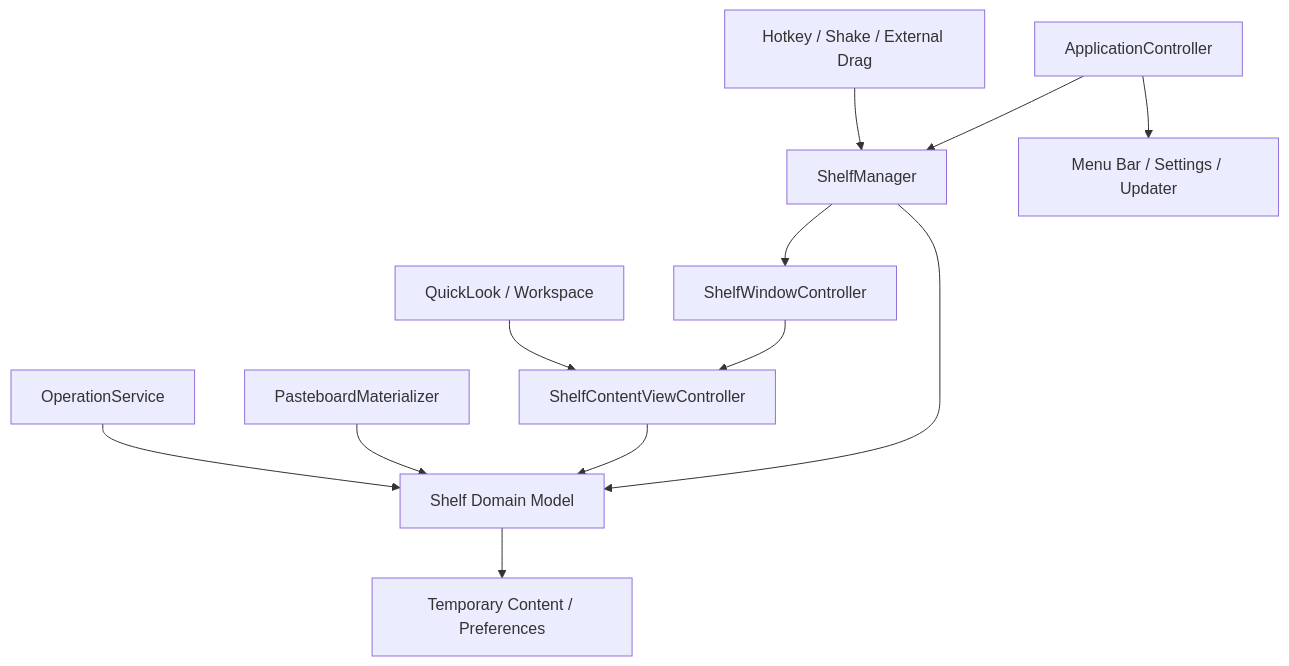
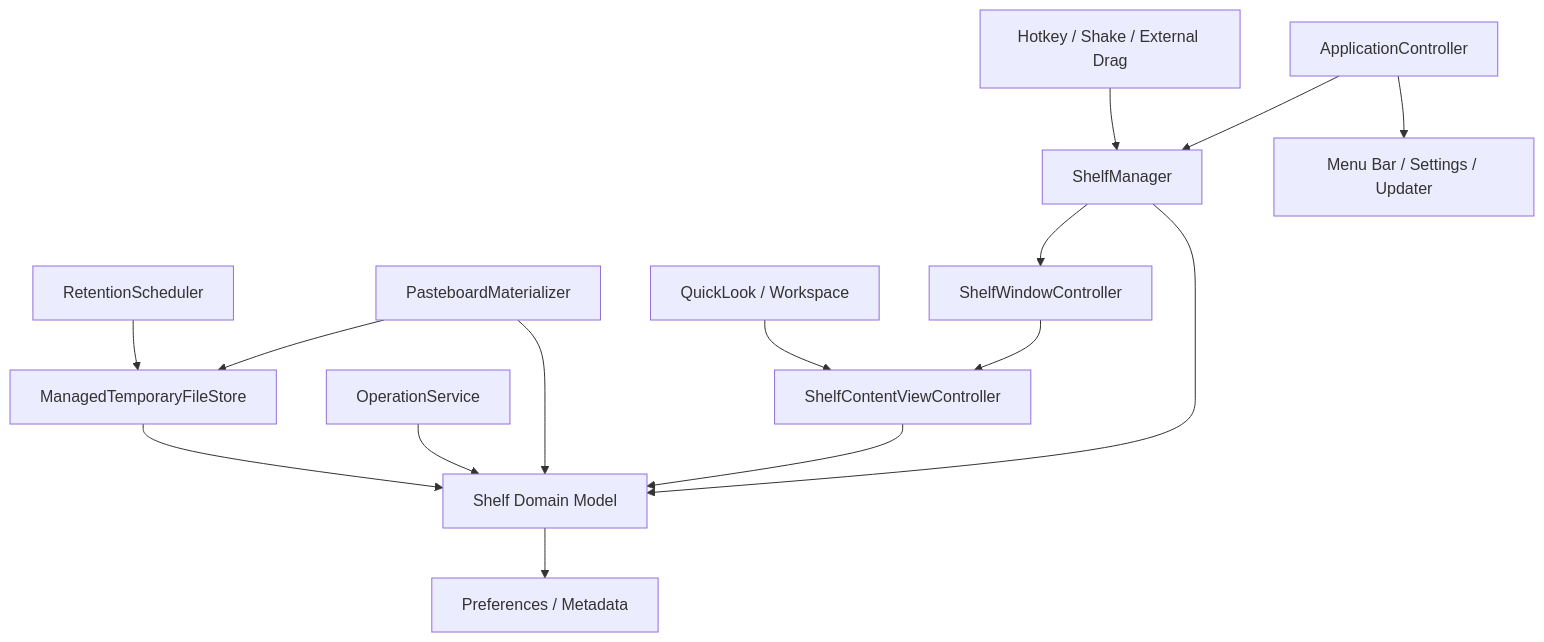
Before and after one commit to namimono/drops: the first of 2 diagrams in docs/macos-native/README.md, drawn with Mermaid. The commit also changed other lines of this file and 7 other files, not shown here.

````diff
--- a/docs/macos-native/README.md
+++ b/docs/macos-native/README.md
@@ -92,14 +92,17 @@
 ```mermaid
 flowchart TD
     App["ApplicationController"] --> Manager["ShelfManager"]
     App --> Menu["Menu Bar / Settings / Updater"]
     Input["Hotkey / Shake / External Drag"] --> Manager
     Manager --> Domain["Shelf Domain Model"]
     Manager --> Window["ShelfWindowController"]
     Window --> View["ShelfContentViewController"]
     View --> Domain
     Pasteboard["PasteboardMaterializer"] --> Domain
     Preview["QuickLook / Workspace"] --> View
     Operations["OperationService"] --> Domain
-    Domain --> Persistence["Temporary Content / Preferences"]
+    Pasteboard --> Temporary["ManagedTemporaryFileStore"]
+    Temporary --> Domain
+    Retention["RetentionScheduler"] --> Temporary
+    Domain --> Persistence["Preferences / Metadata"]
 ```
````
